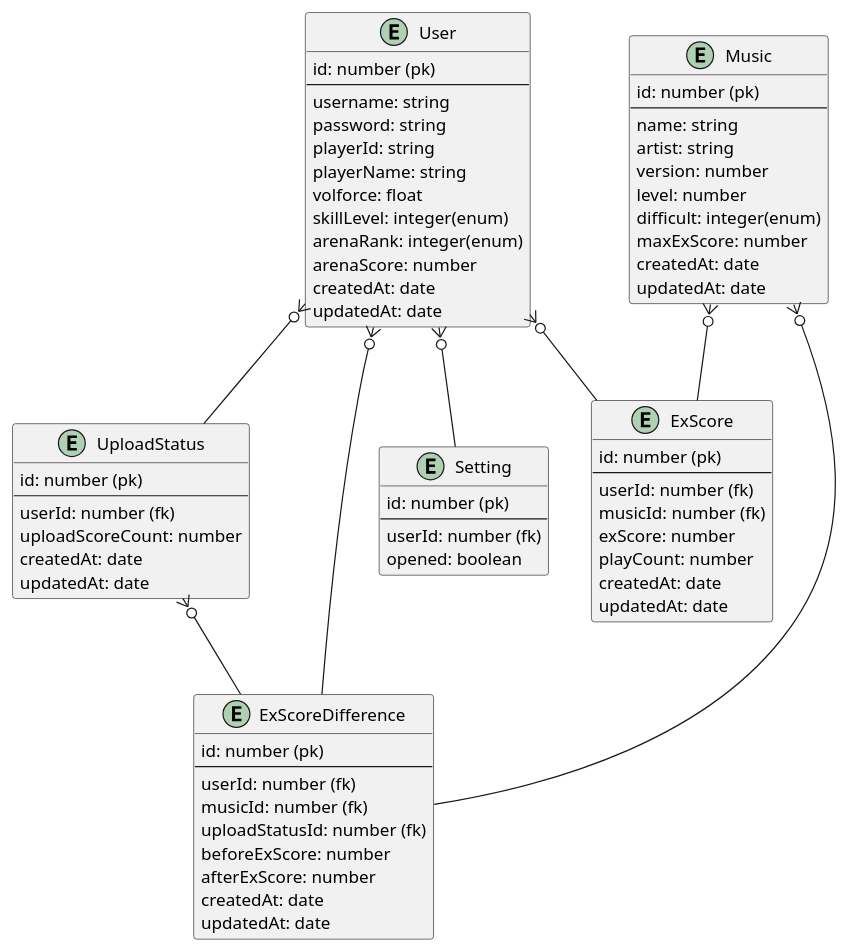
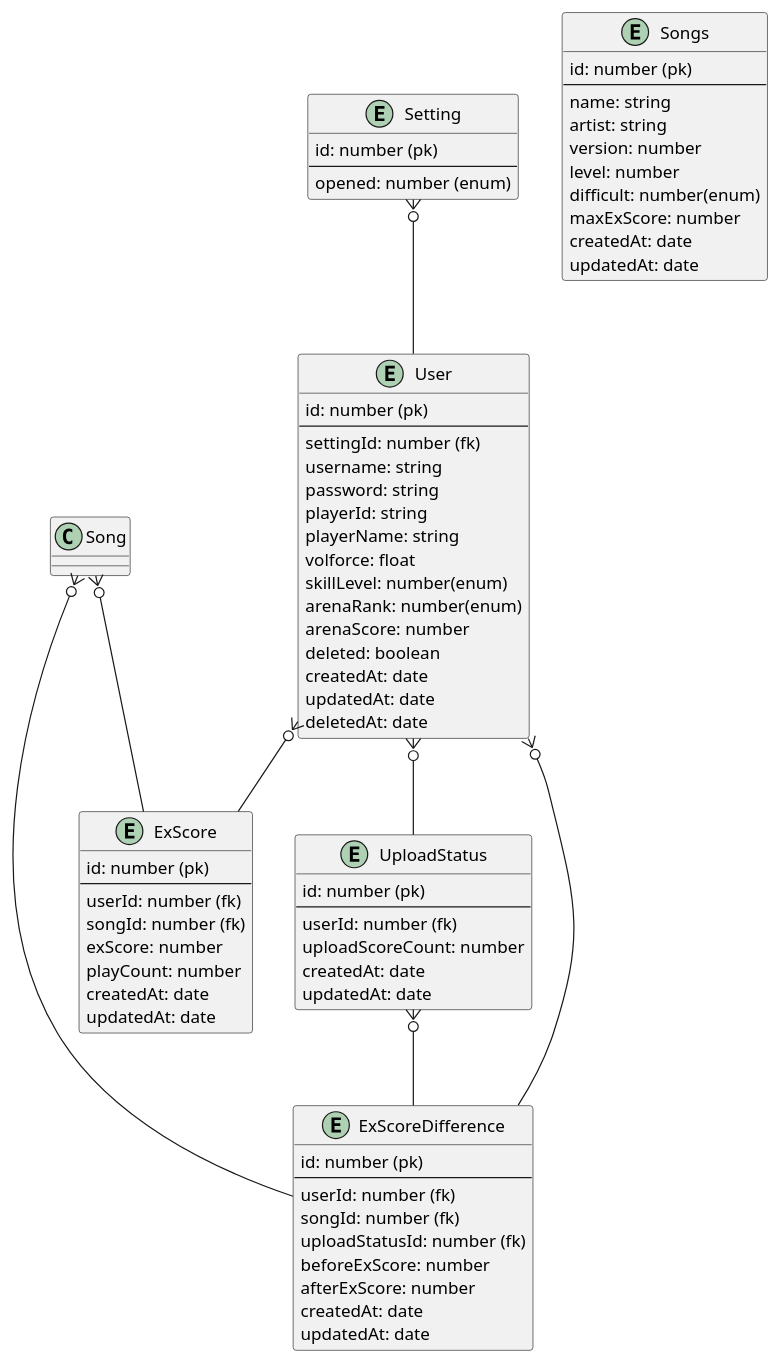
Before and after one commit to saezurucrow/sdvx-est: the diagram in design/dbDchema.pu, drawn with PlantUML. The commit also changed 7 other files, not shown here.

```diff
--- a/design/dbDchema.pu
+++ b/design/dbDchema.pu
@@ -1,85 +1,87 @@
 @startuml sdvxest
 
 entity User {
   id: number (pk)
   --
+  settingId: number (fk)
   username: string
   password: string
   playerId: string
   playerName: string
   volforce: float
-  skillLevel: integer(enum)
-  arenaRank: integer(enum)
+  skillLevel: number(enum)
+  arenaRank: number(enum)
   arenaScore: number
+  deleted: boolean
   createdAt: date
   updatedAt: date
+  deletedAt: date
 }
 ' (op)rivalData
 
-entity Music {
+entity Songs {
   id: number (pk)
   --
   name: string
   artist: string
   version: number
   level: number
-  difficult: integer(enum)
+  difficult: number(enum)
   maxExScore: number
   createdAt: date
   updatedAt: date
 }
 ' (op) bpm(min - max)
 
 entity ExScore {
   id: number (pk)
   --
   userId: number (fk)
-  musicId: number (fk)
+  songId: number (fk)
   exScore: number
   playCount: number
   createdAt: date
   updatedAt: date
 }
 
 ' アップロード状況
 entity UploadStatus {
   id: number (pk)
   --
   userId: number (fk)
   uploadScoreCount: number
   createdAt: date
   updatedAt: date
 }
 
 ' 差分
 entity ExScoreDifference {
   id: number (pk)
   --
   userId: number (fk)
-  musicId: number (fk)
+  songId: number (fk)
   uploadStatusId: number (fk)
   beforeExScore: number
   afterExScore: number
   createdAt: date
   updatedAt: date
 }
 
 ' 公開設定
 entity Setting {
   id: number (pk)
   --
-  userId: number (fk)
-  opened: boolean
+  opened: number (enum)
 }
 
-User }o-- Setting
+Setting }o-- User
 User }o-- UploadStatus
 User }o-- ExScore
 User }o-- ExScoreDifference
 
-Music }o-- ExScore
-Music }o-- ExScoreDifference
+Song }o-- ExScore
+Song }o-- ExScoreDifference
 
 UploadStatus }o-- ExScoreDifference
 
 @enduml
```
